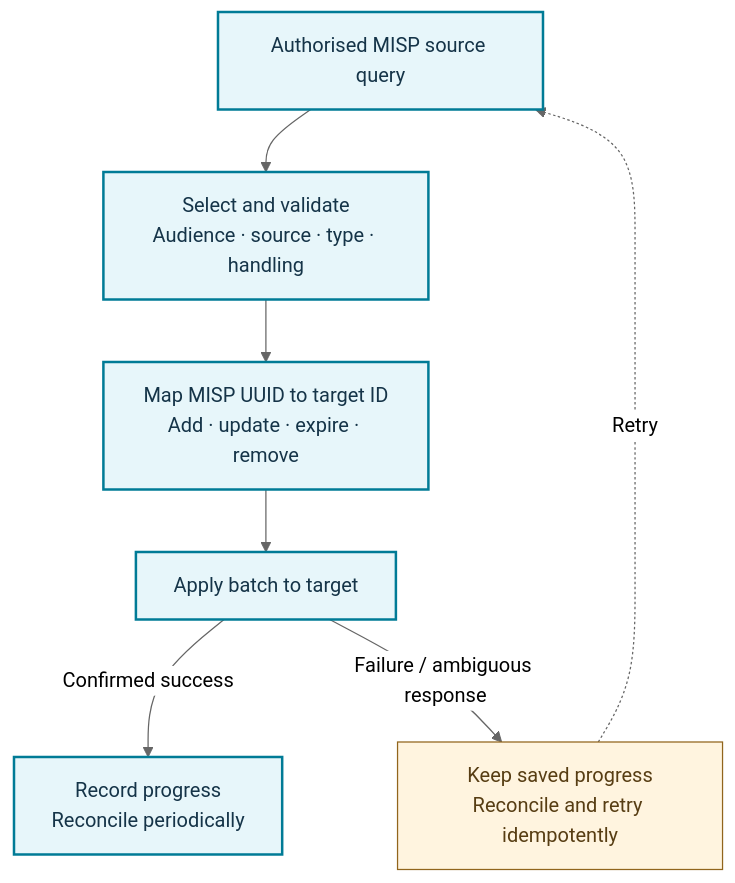
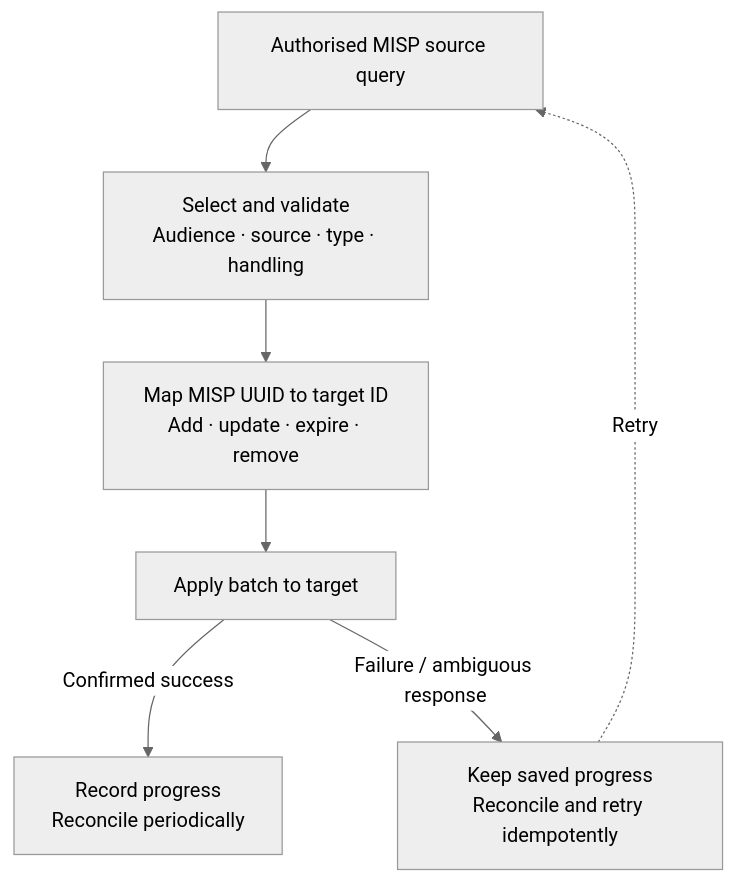
The diagram in connectors/figures/connector-lifecycle.mmd (MISP/misp-book), drawn with Mermaid (neutral theme) before and after one commit. The commit also changed 43 other files, not shown here.

Commit message:
Apply a shared MISP theme and logo to all book diagrams

```diff
--- a/connectors/figures/connector-lifecycle.mmd
+++ b/connectors/figures/connector-lifecycle.mmd
@@ -1,13 +1,11 @@
 flowchart TB
   accTitle: A connector maintains identity and lifecycle, not just an initial export
   accDescr: An authorised source query is filtered and validated for the intended destination. The connector maps MISP UUIDs to target identifiers and applies additions, changes, expiry and removals. It records progress only after the target accepts the batch. Failures retry from the previous committed progress, and periodic reconciliation checks for records that no longer belong in the target.
   Q["Authorised MISP source query"] --> S["Select and validate<br/>Audience · source · type · handling"]
   S --> M["Map MISP UUID to target ID<br/>Add · update · expire · remove"]
   M --> T["Apply batch to target"]
   T -->|"Confirmed success"| C["Record progress<br/>Reconcile periodically"]
   T -->|"Failure / ambiguous response"| R["Keep saved progress<br/>Reconcile and retry idempotently"]
   R -. "Retry" .-> Q
-  classDef stage fill:#e7f6fa,stroke:#007b96,color:#153448,stroke-width:2px;
-  classDef retry fill:#fff4df,stroke:#91651c,color:#573d13;
-  class Q,S,M,T,C stage;
-  class R retry;
+  class Q,S,M,T,C accent;
+  class R caution;
```
